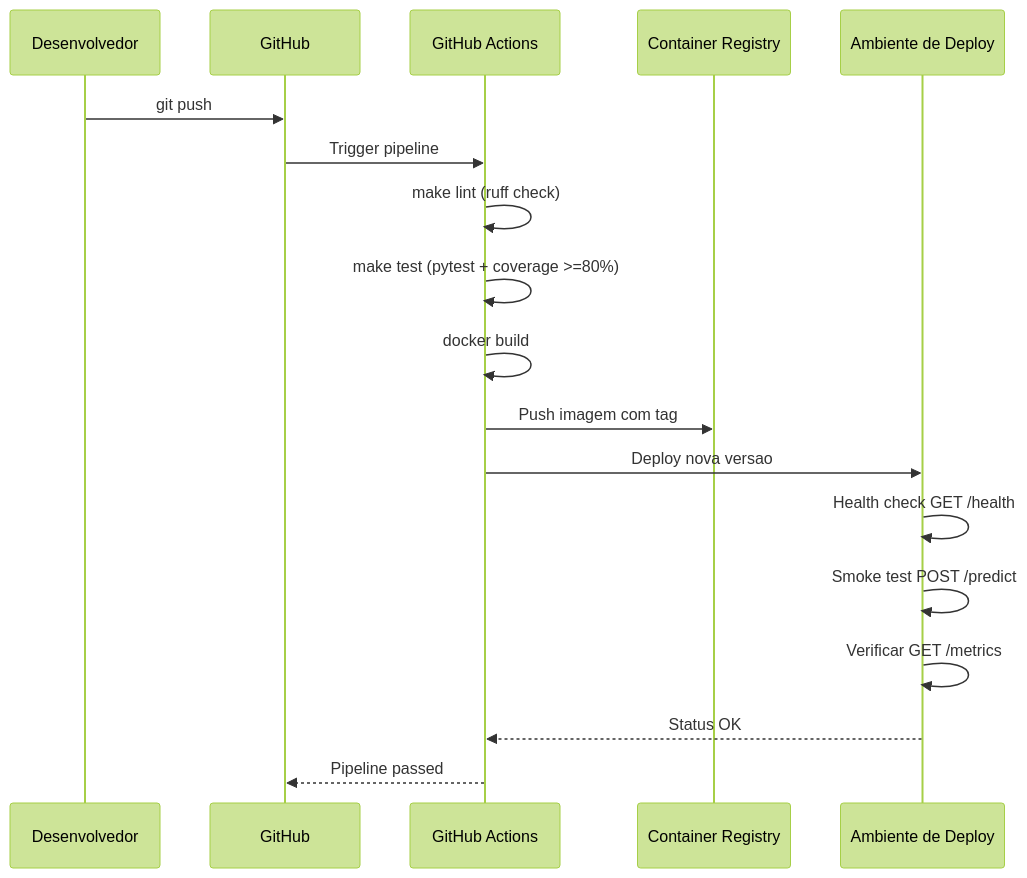
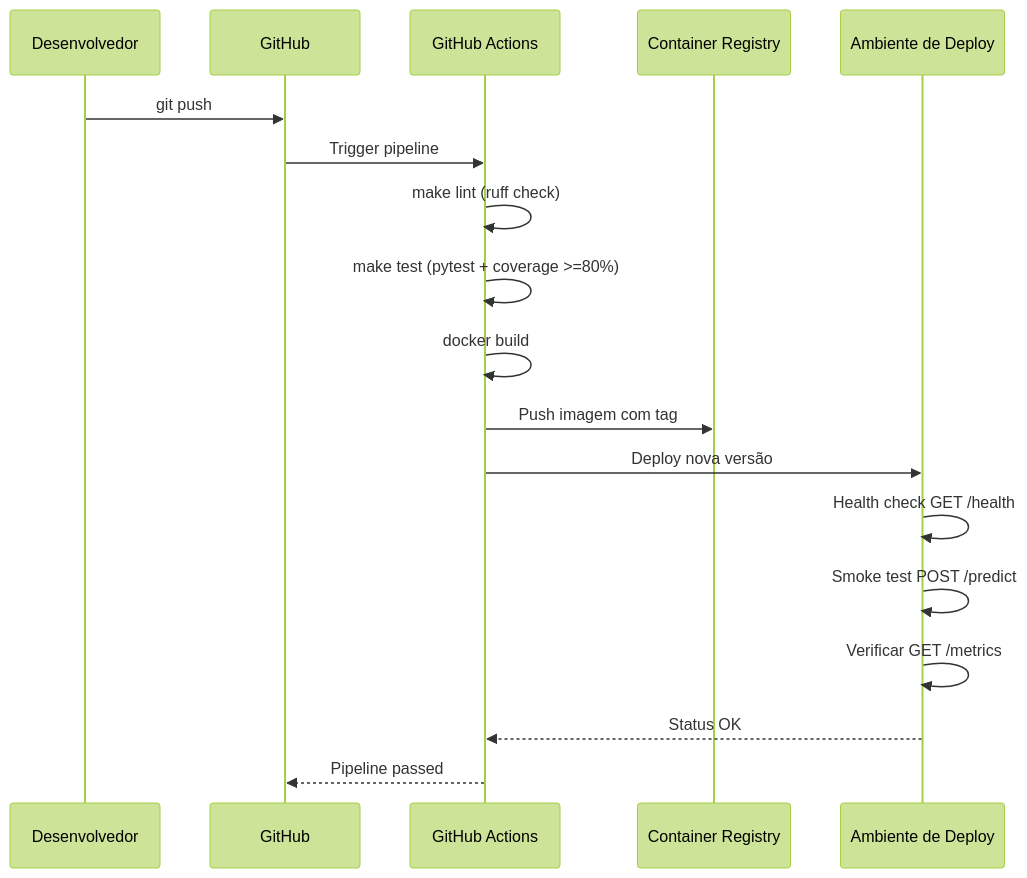
Before and after one commit to FernandoFailla/tech-challenge-fase-1: the third of 4 diagrams in docs/ARQUITETURA_DE_DEPLOY.md, drawn with Mermaid (forest theme). The commit also changed other lines of this file and 8 other files, not shown here.

````diff
--- a/docs/ARQUITETURA_DE_DEPLOY.md
+++ b/docs/ARQUITETURA_DE_DEPLOY.md
@@ -351,21 +351,21 @@
 ```mermaid
 sequenceDiagram
     participant Dev as Desenvolvedor
     participant GH as GitHub
     participant CI as GitHub Actions
     participant Reg as Container Registry
     participant Deploy as Ambiente de Deploy
 
     Dev->>GH: git push
     GH->>CI: Trigger pipeline
     CI->>CI: make lint (ruff check)
     CI->>CI: make test (pytest + coverage >=80%)
     CI->>CI: docker build
     CI->>Reg: Push imagem com tag
-    CI->>Deploy: Deploy nova versao
+    CI->>Deploy: Deploy nova versão
     Deploy->>Deploy: Health check GET /health
     Deploy->>Deploy: Smoke test POST /predict
     Deploy->>Deploy: Verificar GET /metrics
     Deploy-->>CI: Status OK
     CI-->>GH: Pipeline passed
 ```
````
